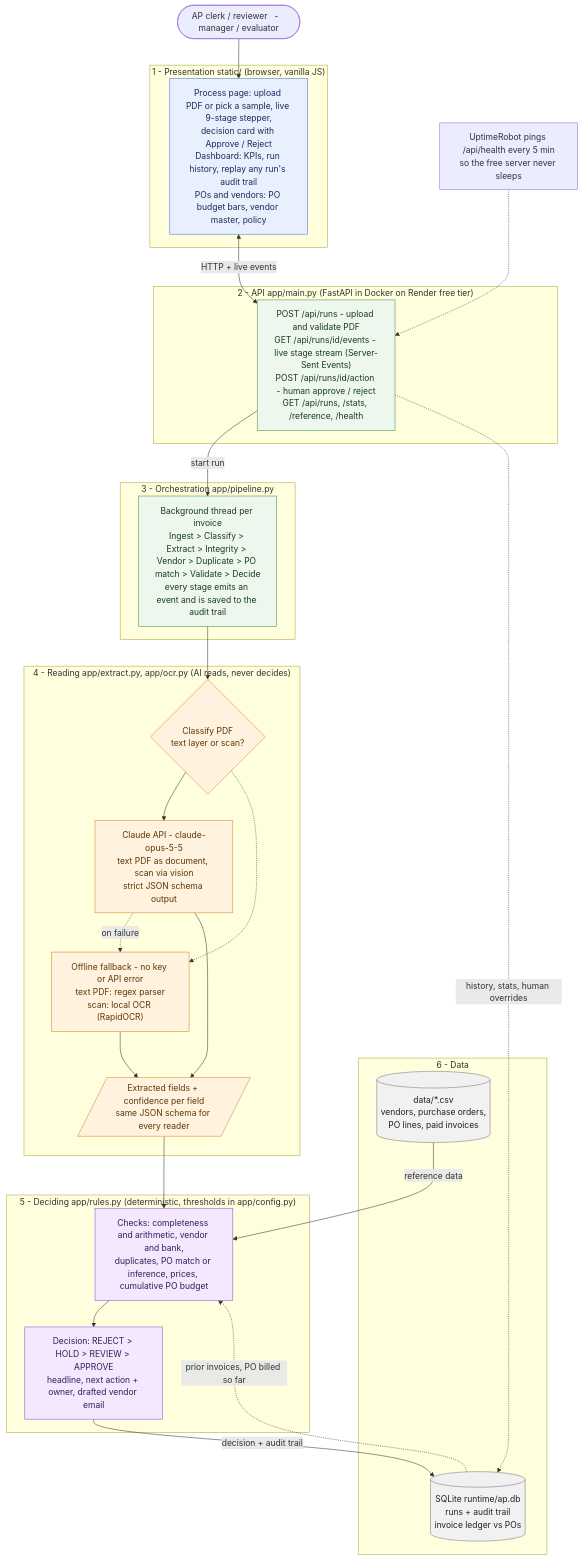
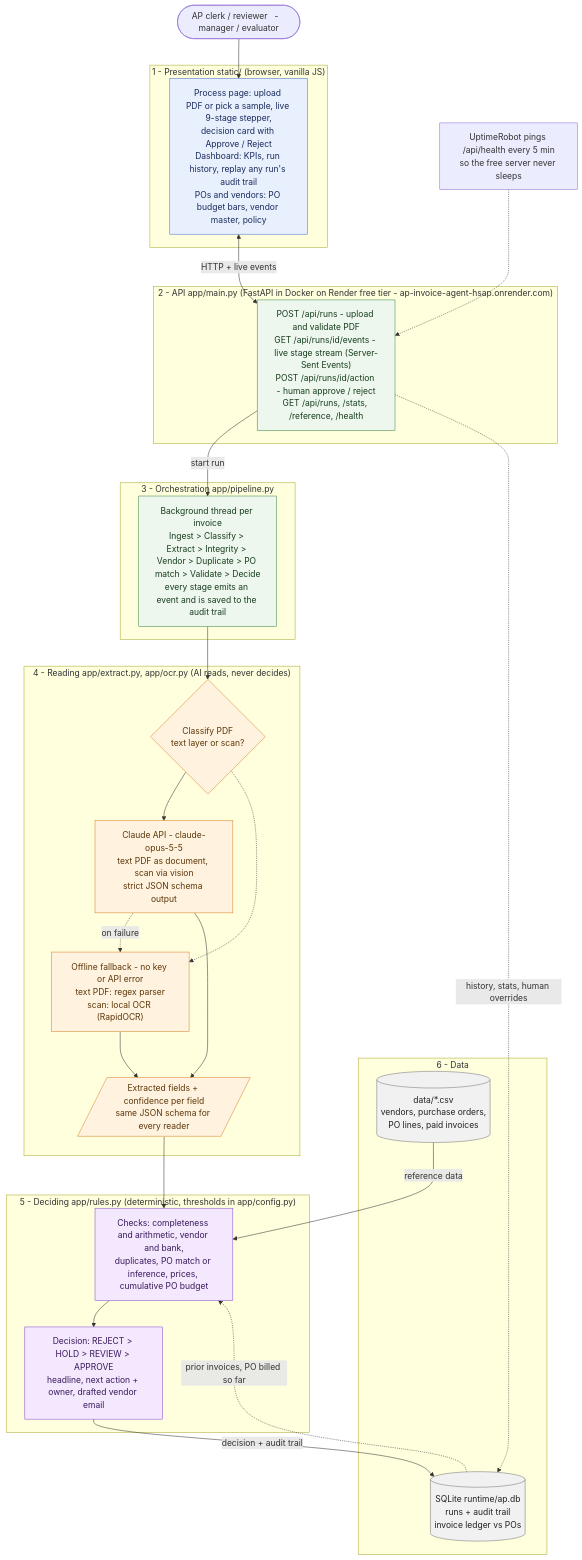
Before and after one commit to Haseeb8767/ap-invoice-agent: the diagram in docs/architecture.mmd, drawn with Mermaid.

Commit message:
Fix architecture.mmd syntax; add live URL

```diff
--- a/docs/architecture.mmd
+++ b/docs/architecture.mmd
@@ -1,62 +1,63 @@
 %% AP Invoice Agent - high-level architecture
+%% Live app: https://ap-invoice-agent-hsap.onrender.com
 %% Render: paste into https://mermaid.live, or view on GitHub / VS Code (Mermaid extension)
 flowchart TB
     USERS(["AP clerk / reviewer   -   manager / evaluator"])
 
     subgraph L1["1 - Presentation   static/   (browser, vanilla JS)"]
         UI["Process page: upload PDF or pick a sample, live 9-stage stepper,<br/>decision card with Approve / Reject<br/>Dashboard: KPIs, run history, replay any run's audit trail<br/>POs and vendors: PO budget bars, vendor master, policy"]
     end
 
-    subgraph L2["2 - API   app/main.py   (FastAPI in Docker on Render free tier)"]
+    subgraph L2["2 - API   app/main.py   (FastAPI in Docker on Render free tier - ap-invoice-agent-hsap.onrender.com)"]
         API["POST /api/runs - upload and validate PDF<br/>GET /api/runs/id/events - live stage stream (Server-Sent Events)<br/>POST /api/runs/id/action - human approve / reject<br/>GET /api/runs, /stats, /reference, /health"]
     end
 
     subgraph L3["3 - Orchestration   app/pipeline.py"]
         ORCH["Background thread per invoice<br/>Ingest > Classify > Extract > Integrity > Vendor > Duplicate > PO match > Validate > Decide<br/>every stage emits an event and is saved to the audit trail"]
     end
 
     subgraph L4["4 - Reading   app/extract.py, app/ocr.py   (AI reads, never decides)"]
         CLS{"Classify PDF<br/>text layer or scan?"}
         CLAUDE["Claude API - claude-opus-5-5<br/>text PDF as document, scan via vision<br/>strict JSON schema output"]
         OFF["Offline fallback - no key or API error<br/>text PDF: regex parser<br/>scan: local OCR (RapidOCR)"]
         JSON[/"Extracted fields + confidence per field<br/>same JSON schema for every reader"/]
         CLS --> CLAUDE
         CLS -.-> OFF
         CLAUDE -.->|"on failure"| OFF
         CLAUDE --> JSON
         OFF --> JSON
     end
 
     subgraph L5["5 - Deciding   app/rules.py   (deterministic, thresholds in app/config.py)"]
         CHECKS["Checks: completeness and arithmetic, vendor and bank,<br/>duplicates, PO match or inference, prices, cumulative PO budget"]
         DECIDE["Decision: REJECT > HOLD > REVIEW > APPROVE<br/>headline, next action + owner, drafted vendor email"]
         CHECKS --> DECIDE
     end
 
     subgraph L6["6 - Data"]
         MASTER[("data/*.csv<br/>vendors, purchase orders,<br/>PO lines, paid invoices")]
         DB[("SQLite runtime/ap.db<br/>runs + audit trail<br/>invoice ledger vs POs")]
     end
 
     USERS --> UI
     UI <-->|"HTTP + live events"| API
     API -->|"start run"| ORCH
     ORCH --> CLS
     JSON --> CHECKS
     DECIDE -->|"decision + audit trail"| DB
     MASTER -->|"reference data"| CHECKS
     DB -.->|"prior invoices, PO billed so far"| CHECKS
     API -.->|"history, stats, human overrides"| DB
 
     UPTIME["UptimeRobot pings /api/health every 5 min<br/>so the free server never sleeps"] -.-> API
 
     classDef ui fill:#e8f0fe,stroke:#4a6fd1,color:#1a2b5c
     classDef srv fill:#eef7ee,stroke:#3c8c48,color:#173d1d
     classDef ai fill:#fff3e0,stroke:#d9822b,color:#5c3608
     classDef rules fill:#f3e8fd,stroke:#8a4fd1,color:#3a1a5c
     classDef data fill:#f1f1f1,stroke:#777,color:#222
     class UI ui
     class API,ORCH srv
     class CLS,CLAUDE,OFF,JSON ai
     class CHECKS,DECIDE rules
     class MASTER,DB data
```
